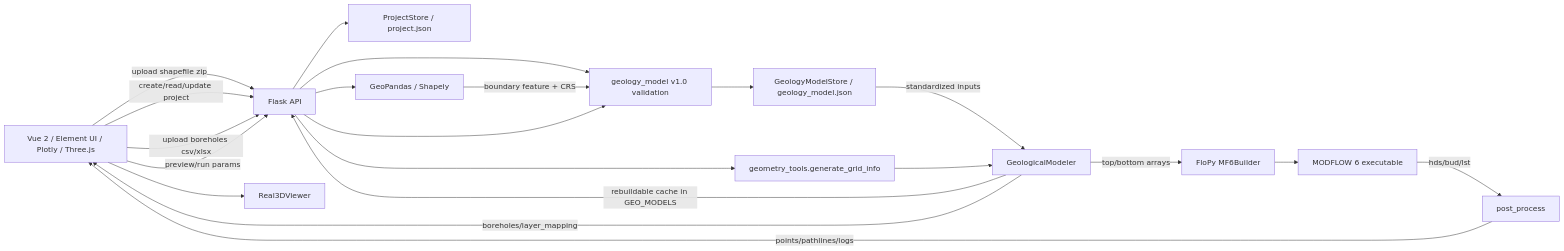
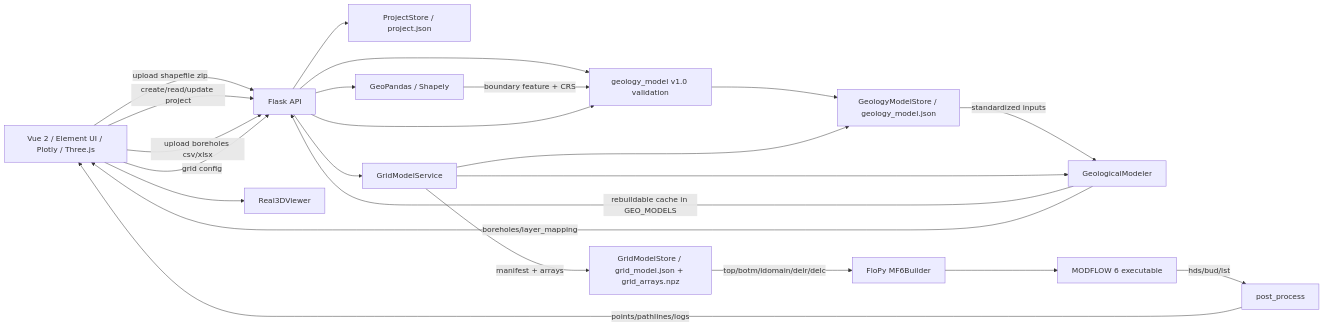
Before and after one commit to Yanyu199/Modflow: the first of 2 diagrams in docs/ARCHITECTURE_CURRENT.md, drawn with Mermaid. The commit also changed other lines of this file and 27 other files, not shown here.

Commit message:
Add persistent grid model and stable cell identifiers

````diff
--- a/docs/ARCHITECTURE_CURRENT.md
+++ b/docs/ARCHITECTURE_CURRENT.md
@@ -7,38 +7,41 @@
 ```mermaid
 flowchart LR
   Browser["Vue 2 / Element UI / Plotly / Three.js"]
   Flask["Flask API"]
   ProjectStore["ProjectStore / project.json"]
   GeologyStore["GeologyModelStore / geology_model.json"]
   GeoSchema["geology_model v1.0 validation"]
   Geo["GeoPandas / Shapely"]
   Modeler["GeologicalModeler"]
-  Grid["geometry_tools.generate_grid_info"]
+  GridSvc["GridModelService"]
+  GridStore["GridModelStore / grid_model.json + grid_arrays.npz"]
   FloPy["FloPy MF6Builder"]
   MF6["MODFLOW 6 executable"]
   Post["post_process"]
   Three["Real3DViewer"]
 
   Browser -->|upload shapefile zip| Flask
   Browser -->|create/read/update project| Flask
   Flask --> ProjectStore
   Flask --> GeoSchema
   GeoSchema --> GeologyStore
   Flask --> Geo
   Geo -->|boundary feature + CRS| GeoSchema
 
   Browser -->|upload boreholes csv/xlsx| Flask
   Flask --> GeoSchema
   GeologyStore -->|standardized inputs| Modeler
   Modeler -->|rebuildable cache in GEO_MODELS| Flask
   Modeler -->|boreholes/layer_mapping| Browser
 
-  Browser -->|preview/run params| Flask
-  Flask --> Grid
-  Grid --> Modeler
-  Modeler -->|top/bottom arrays| FloPy
+  Browser -->|grid config| Flask
+  Flask --> GridSvc
+  GridSvc --> GeologyStore
+  GridSvc --> Modeler
+  GridSvc -->|manifest + arrays| GridStore
+  GridStore -->|top/botm/idomain/delr/delc| FloPy
   FloPy --> MF6
   MF6 -->|hds/bud/lst| Post
   Post -->|points/pathlines/logs| Browser
   Browser --> Three
 ```
````
